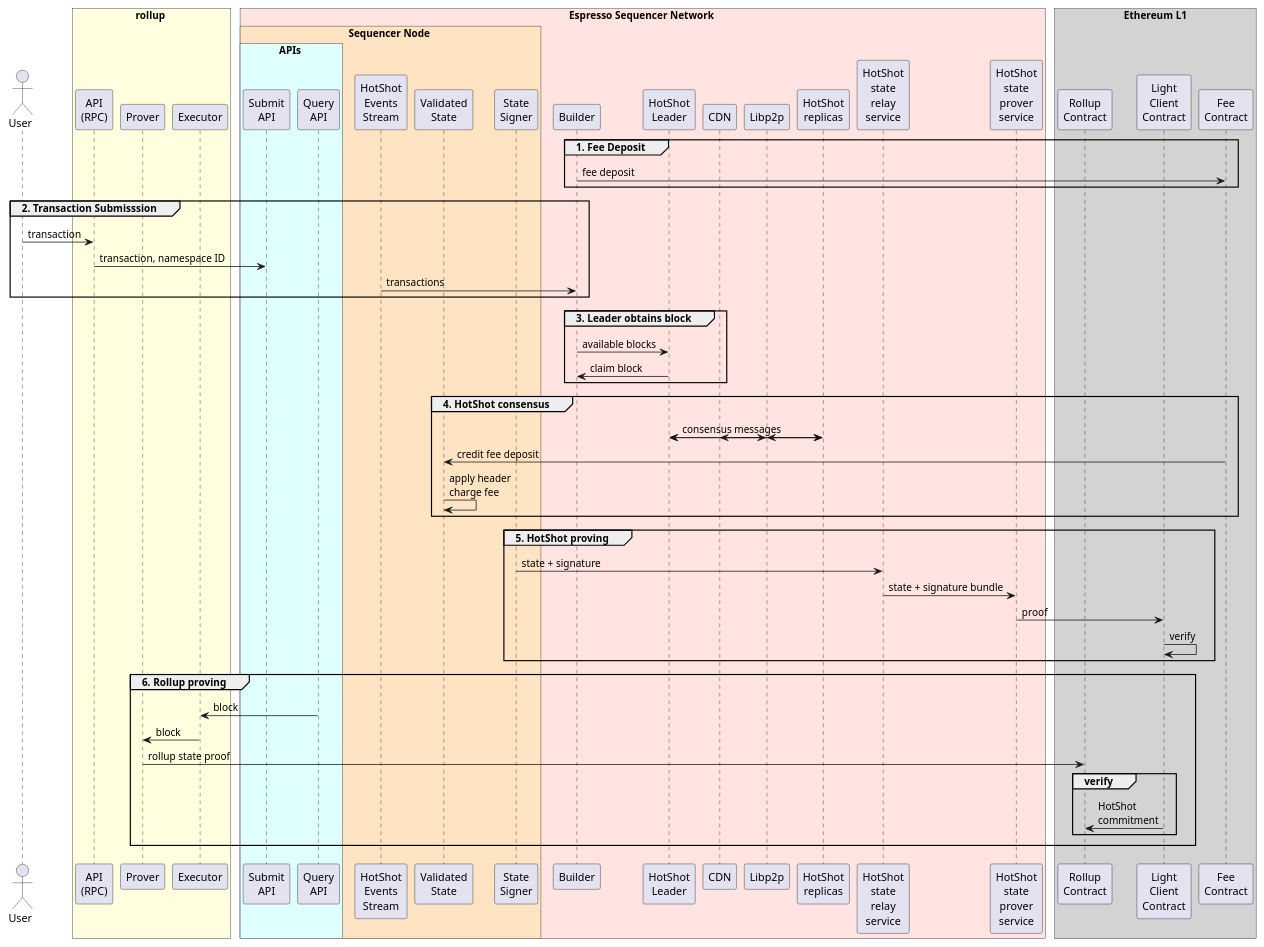
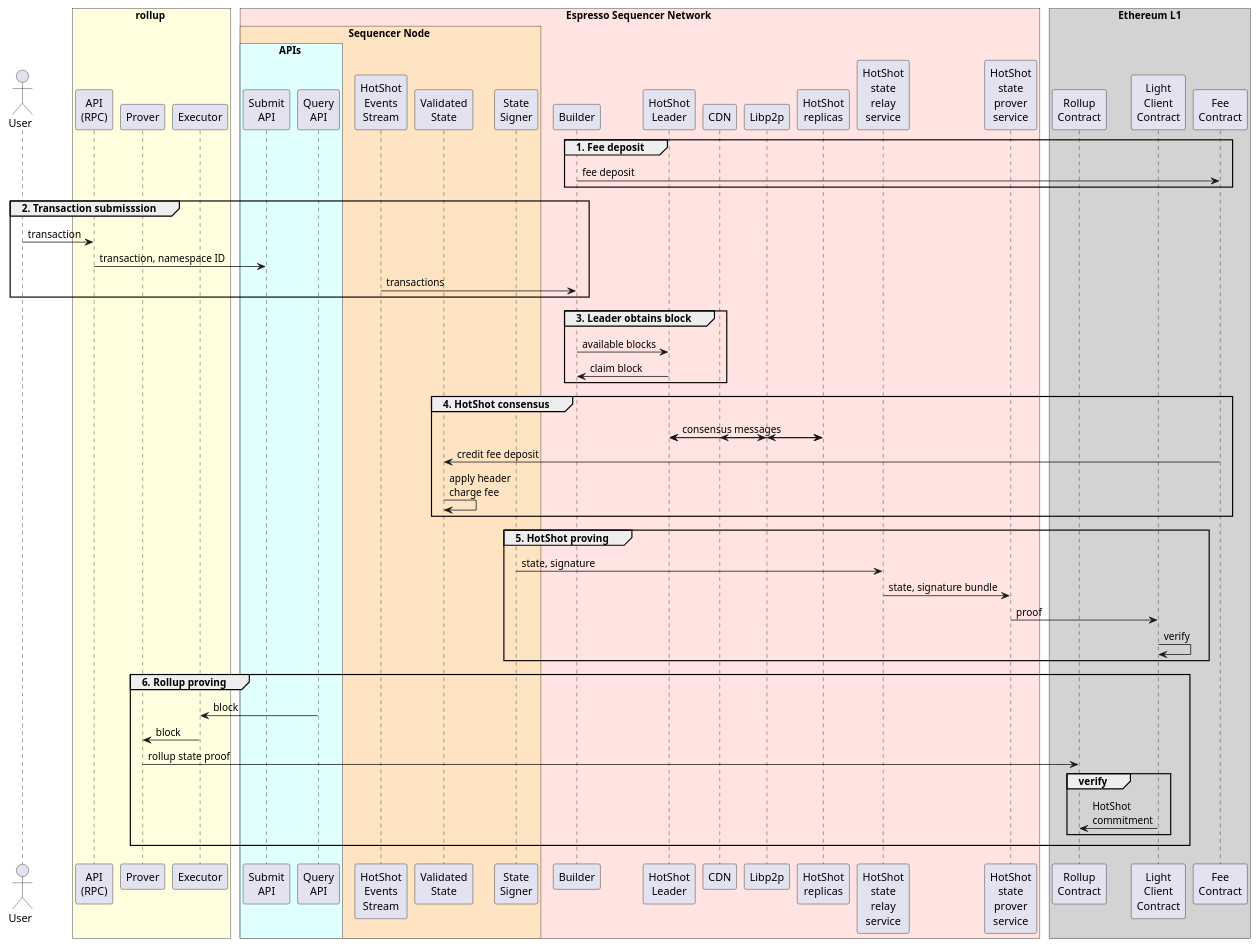
The diagram in doc/sequence-diagram.puml (EspressoSystems/espresso-sequencer), drawn with PlantUML before and after one commit. The commit also changed 3 other files, not shown here.

Commit message:
Add sequence diagram step to architecture diagram

```diff
--- a/doc/sequence-diagram.puml
+++ b/doc/sequence-diagram.puml
@@ -1,77 +1,77 @@
 @startuml
 !pragma teoz true
 actor User
 
 box rollup #LightYellow
     participant "API\n(RPC)" as rpc
     participant "Prover" as rprover
     participant "Executor" as executor
 end box
 
 box Espresso Sequencer Network #MistyRose
     box Sequencer Node #Bisque
         box APIs #LightCyan
             participant "Submit\nAPI" as submit
             participant "Query\nAPI" as query
         end box
         participant "HotShot\nEvents\nStream" as events
         participant "Validated\nState" as ValidatedState
         participant "State\nSigner" as signer
     end box
 
     participant Builder
     participant "HotShot\nLeader" as leader
     participant CDN
     participant Libp2p
     participant "HotShot\nreplicas" as replicas
     participant "HotShot\nstate\nrelay\nservice" as relay
     participant "HotShot\nstate\nprover\nservice" as prover
 end box
 
 box "Ethereum L1" #LightGrey
     participant "Rollup\nContract" as RC
     participant "Light\nClient\nContract" as LC
     participant "Fee\nContract" as fee
 end box
 
-group 1. Fee Deposit
+group 1. Fee deposit
     Builder -> fee: fee deposit
 end group
 
-group 2. Transaction Submisssion
+group 2. Transaction submisssion
     User -> rpc: transaction
     rpc -> submit: transaction, namespace ID
     events -> Builder: transactions
 end group
 
 group 3. Leader obtains block
     Builder -> leader: available blocks
     leader -> Builder: claim block
 end group
 
 group 4. HotShot consensus
     leader <-> replicas: consensus messages
     & leader <-> Libp2p:
     & Libp2p <-> replicas:
     & replicas -> CDN:
     fee -> ValidatedState: credit fee deposit
     ValidatedState -> ValidatedState: apply header\ncharge fee
 end group
 
 group 5. HotShot proving
-    signer -> relay: state + signature
-    relay -> prover: state + signature bundle
+    signer -> relay: state, signature
+    relay -> prover: state, signature bundle
     prover -> "Light\nClient\nContract" as LC: proof
     LC -> LC: verify
 end group
 
 group 6. Rollup proving
     query -> executor: block
     executor -> rprover: block
     rprover -> RC: rollup state proof
 
     group verify
         LC -> "Rollup\nContract" as RC: HotShot\ncommitment
     end group
 end group
 @enduml
```
